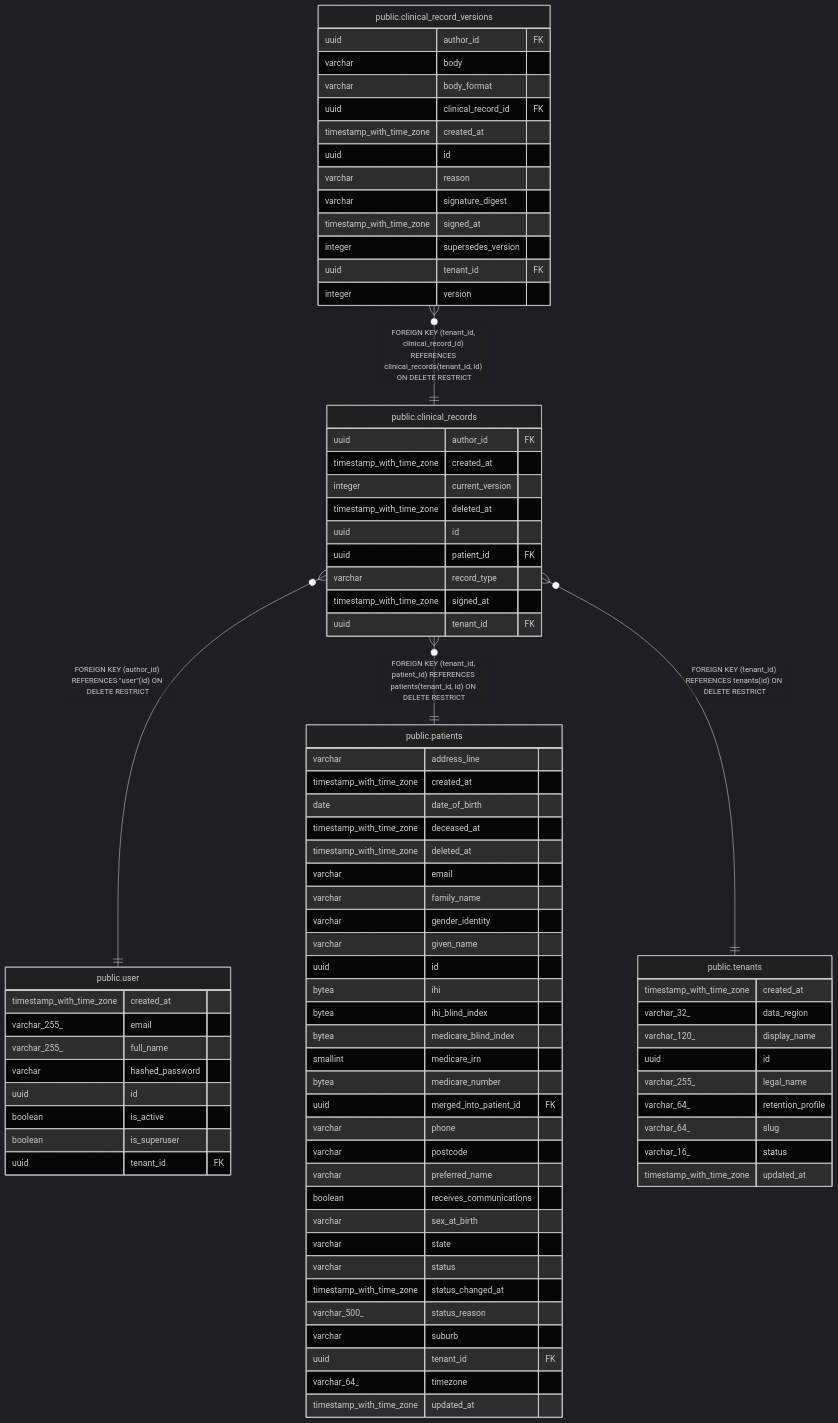
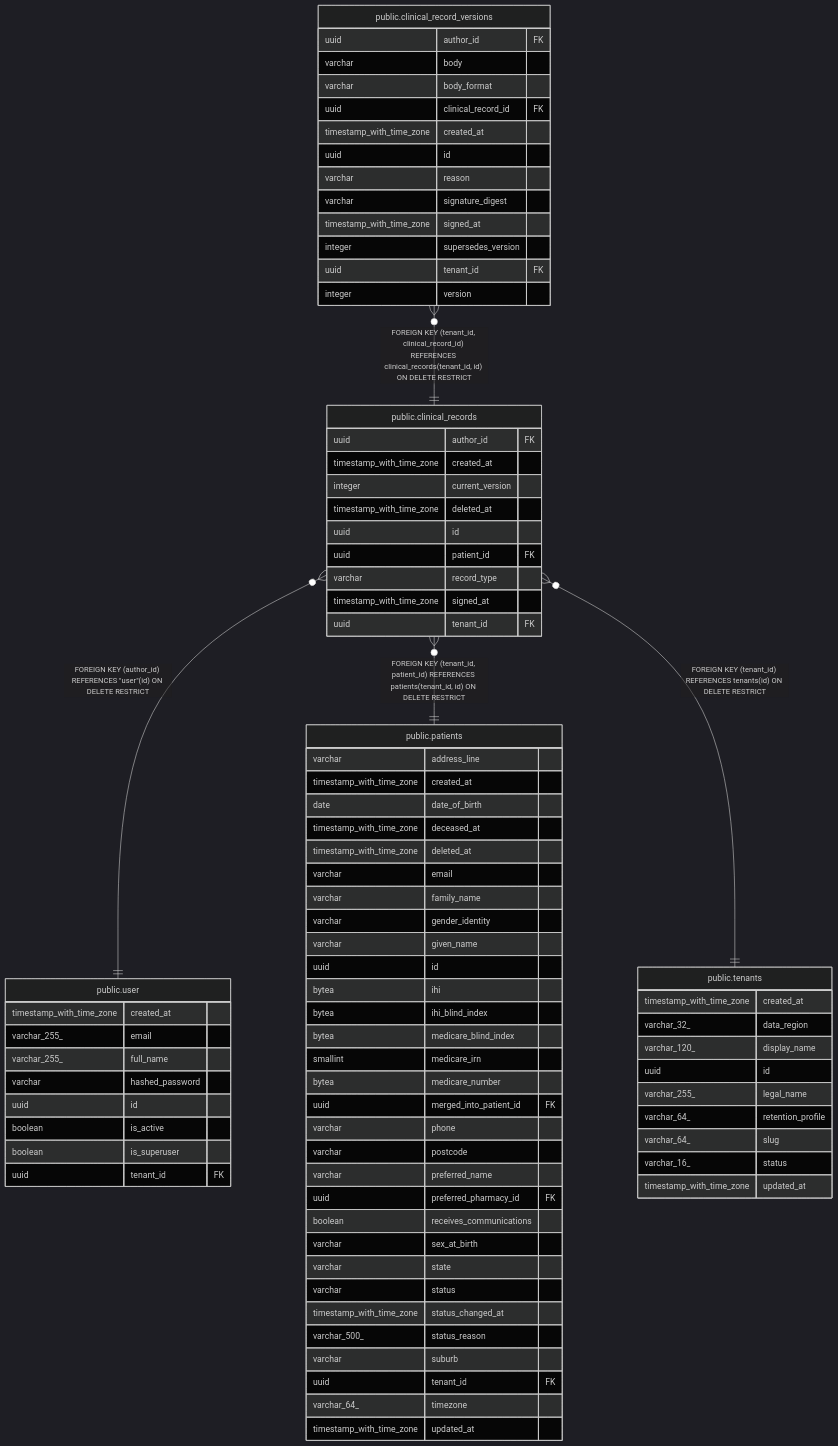
Before and after one commit to irajput215/clinic-os: the diagram in docs/reference/schema/public.clinical_records.md, drawn with Mermaid (dark theme). The commit also changed 54 other files, not shown here.

```diff
--- a/docs/reference/schema/public.clinical_records.md
+++ b/docs/reference/schema/public.clinical_records.md
@@ -105,6 +105,7 @@
   varchar phone
   varchar postcode
   varchar preferred_name
+  uuid preferred_pharmacy_id FK
   boolean receives_communications
   varchar sex_at_birth
   varchar state
```
